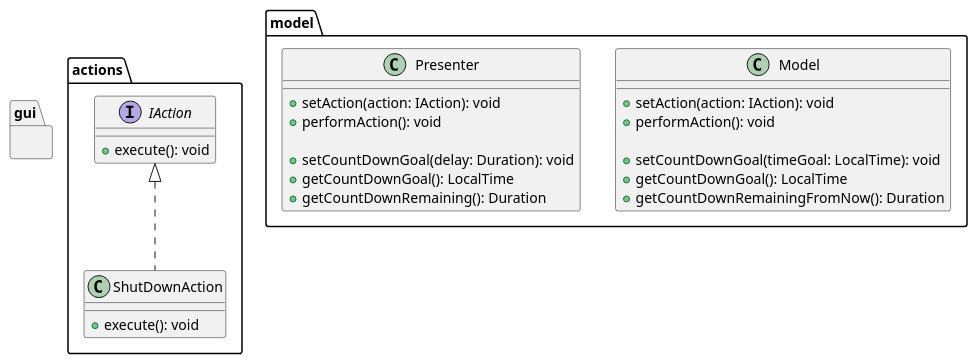
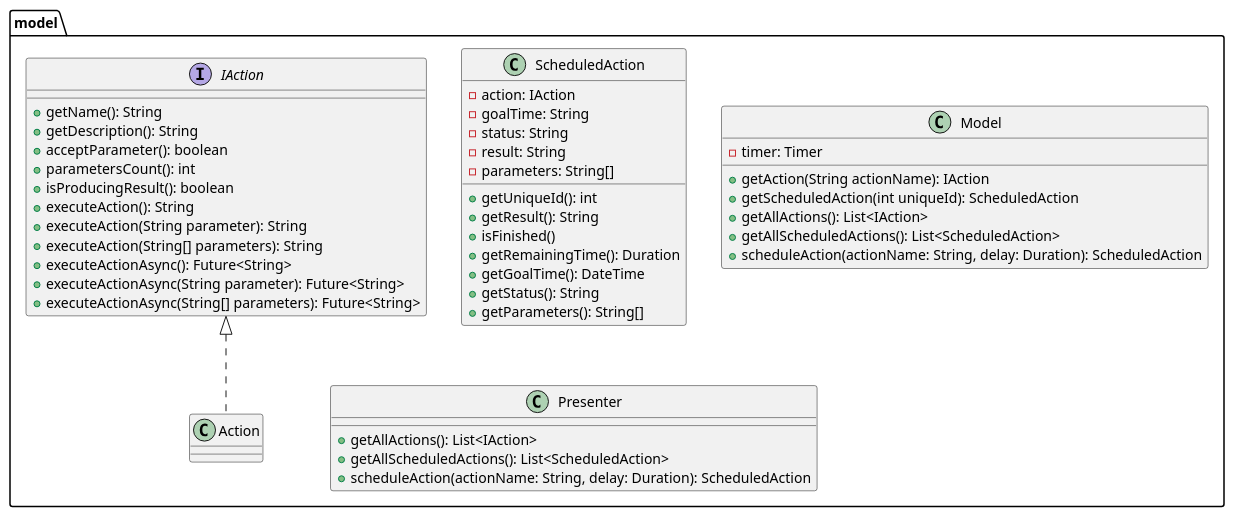
One commit to hhvitek/java-projects changed the diagram in JavaShutDownRemaster/uml/uml.puml. Above: the diagram before and after it, drawn with PlantUML. The commit also changed 43 other files, not shown here.

```diff
--- a/JavaShutDownRemaster/uml/uml.puml
+++ b/JavaShutDownRemaster/uml/uml.puml
@@ -1,40 +1,57 @@
 @startuml
 
-package actions {
+
+package model {
+
     interface IAction {
-        + execute(): void
+        + getName(): String
+        + getDescription(): String
+        + acceptParameter(): boolean
+        + parametersCount(): int
+        + isProducingResult(): boolean
+        + executeAction(): String
+        + executeAction(String parameter): String
+        + executeAction(String[] parameters): String
+        + executeActionAsync(): Future<String>
+        + executeActionAsync(String parameter): Future<String>
+        + executeActionAsync(String[] parameters): Future<String>
     }
 
-    class ShutDownAction implements IAction {
-        + execute(): void
+    class Action implements IAction {
+    }
+
+    class ScheduledAction {
+        - action: IAction
+        - goalTime: String
+        - status: String
+        - result: String
+        - parameters: String[]
+
+        + getUniqueId(): int
+        + getResult(): String
+        + isFinished()
+        + getRemainingTime(): Duration
+        + getGoalTime(): DateTime
+        + getStatus(): String
+        + getParameters(): String[]
+    }
+
+    class Model {
+        - timer: Timer
+
+        + getAction(String actionName): IAction
+        + getScheduledAction(int uniqueId): ScheduledAction
+        + getAllActions(): List<IAction>
+        + getAllScheduledActions(): List<ScheduledAction>
+        + scheduleAction(actionName: String, delay: Duration): ScheduledAction
+    }
+
+    class Presenter {
+        + getAllActions(): List<IAction>
+        + getAllScheduledActions(): List<ScheduledAction>
+        + scheduleAction(actionName: String, delay: Duration): ScheduledAction
     }
 }
 
 
-package model {
-    class Model {
-        + setAction(action: IAction): void
-        + performAction(): void
-
-        + setCountDownGoal(timeGoal: LocalTime): void
-        + getCountDownGoal(): LocalTime
-        + getCountDownRemainingFromNow(): Duration
-    }
-
-    class Presenter {
-        + setAction(action: IAction): void
-        + performAction(): void
-
-        + setCountDownGoal(delay: Duration): void
-        + getCountDownGoal(): LocalTime
-        + getCountDownRemaining(): Duration
-    }
-}
-
-package gui {
-
-}
-
-
-
 @enduml
```
